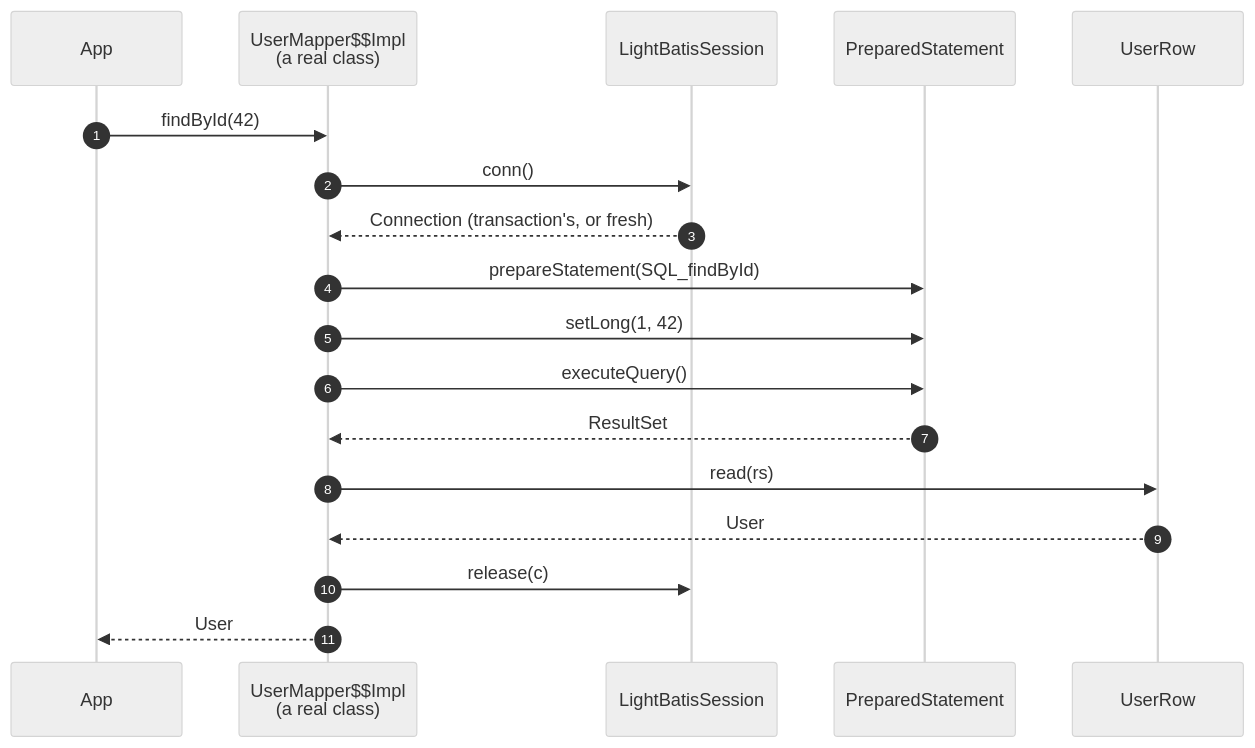
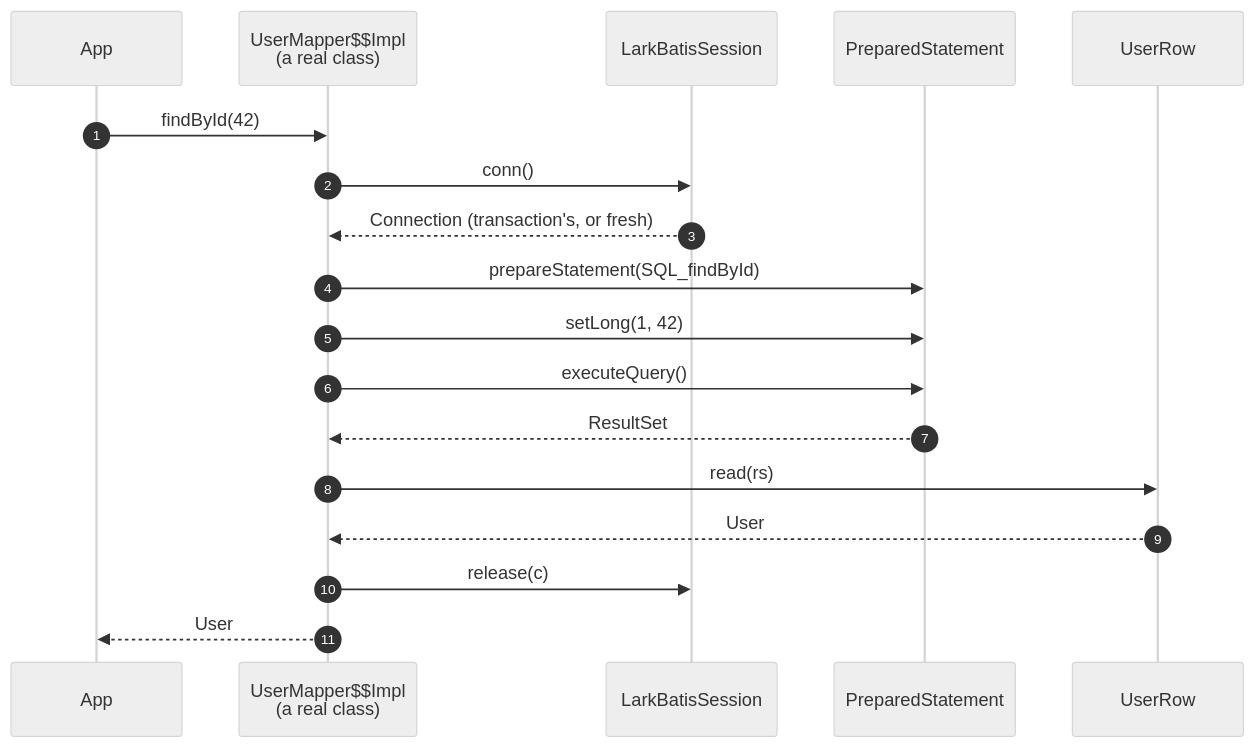
Before and after one commit to larkbatis/larkbatis.github.io: the second of 2 diagrams in docs/wiki/call-flow.md, drawn with Mermaid (neutral theme). The commit also changed other lines of this file and 62 other files, not shown here.

````diff
--- a/docs/wiki/call-flow.md
+++ b/docs/wiki/call-flow.md
@@ -44,20 +44,20 @@
 ```mermaid
 sequenceDiagram
     autonumber
     participant App
     participant Impl as UserMapper$$Impl<br/>(a real class)
-    participant Sess as LightBatisSession
+    participant Sess as LarkBatisSession
     participant JDBC as PreparedStatement
     participant Row as UserRow
     App->>Impl: findById(42)
     Impl->>Sess: conn()
     Sess-->>Impl: Connection (transaction's, or fresh)
     Impl->>JDBC: prepareStatement(SQL_findById)
     Impl->>JDBC: setLong(1, 42)
     Impl->>JDBC: executeQuery()
     JDBC-->>Impl: ResultSet
     Impl->>Row: read(rs)
     Row-->>Impl: User
     Impl->>Sess: release(c)
     Impl-->>App: User
 ```
````
